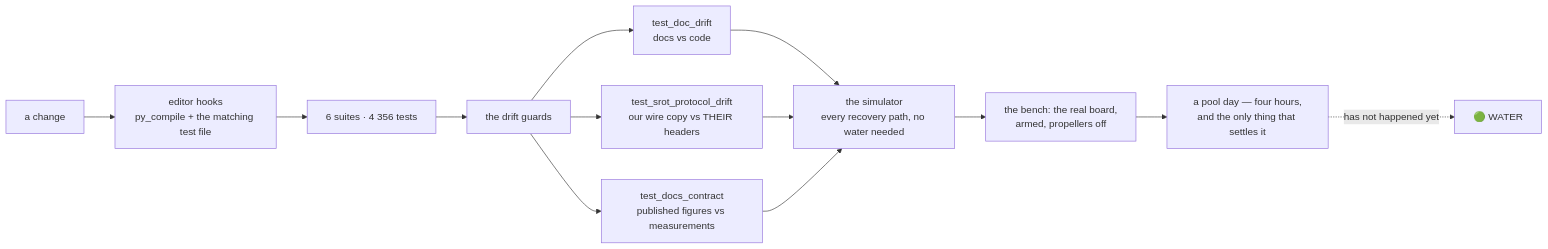
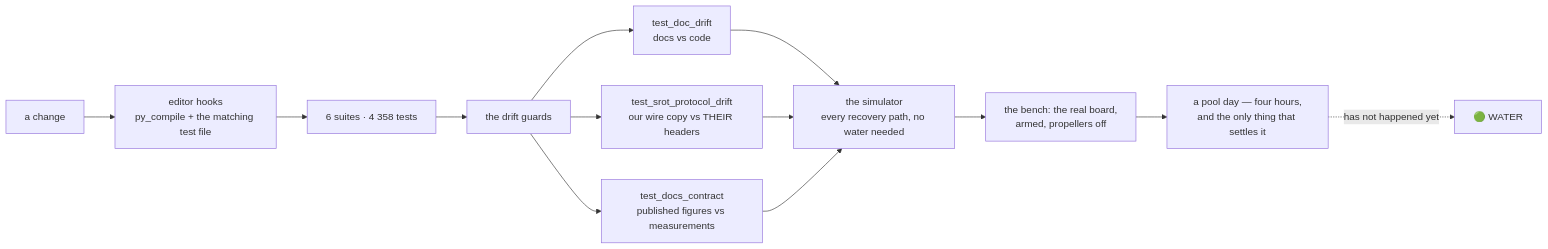
Before and after one commit to fh1m/mongla_ws: the ninth of 10 diagrams in README.md, drawn with Mermaid. The commit also changed other lines of this file and 20 other files, not shown here.

````diff
--- a/README.md
+++ b/README.md
@@ -752,15 +752,15 @@
 ```mermaid
 flowchart LR
     DEV["a change"] --> HOOK["editor hooks<br/>py_compile + the matching test file"]
-    HOOK --> UNIT["6 suites · 4 356 tests"]
+    HOOK --> UNIT["6 suites · 4 358 tests"]
     UNIT --> GUARD["the drift guards"]
     GUARD --> G1["test_doc_drift<br/>docs vs code"]
     GUARD --> G2["test_srot_protocol_drift<br/>our wire copy vs THEIR headers"]
     GUARD --> G3["test_docs_contract<br/>published figures vs measurements"]
     G1 --> SIM["the simulator<br/>every recovery path, no water needed"]
     G2 --> SIM
     G3 --> SIM
     SIM --> BENCH["the bench: the real board,<br/>armed, propellers off"]
     BENCH --> POOL["a pool day — four hours,<br/>and the only thing that settles it"]
     POOL -.->|"has not happened yet"| WATER["🟢 WATER"]
 ```
````
